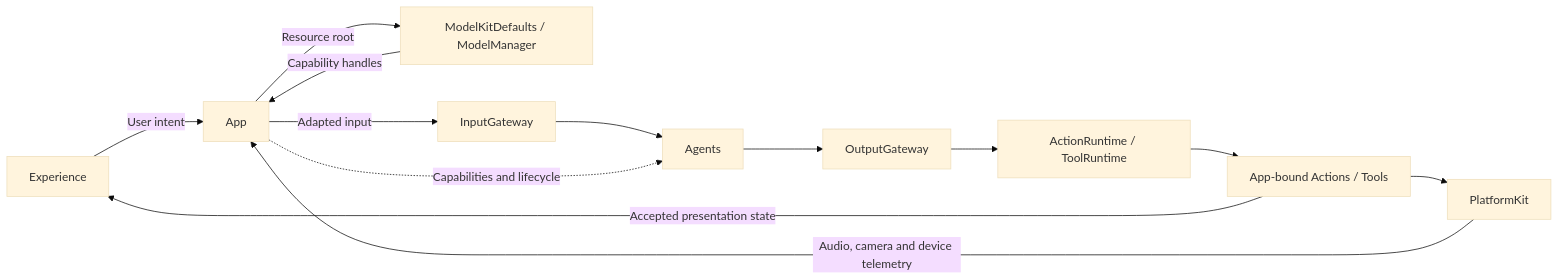
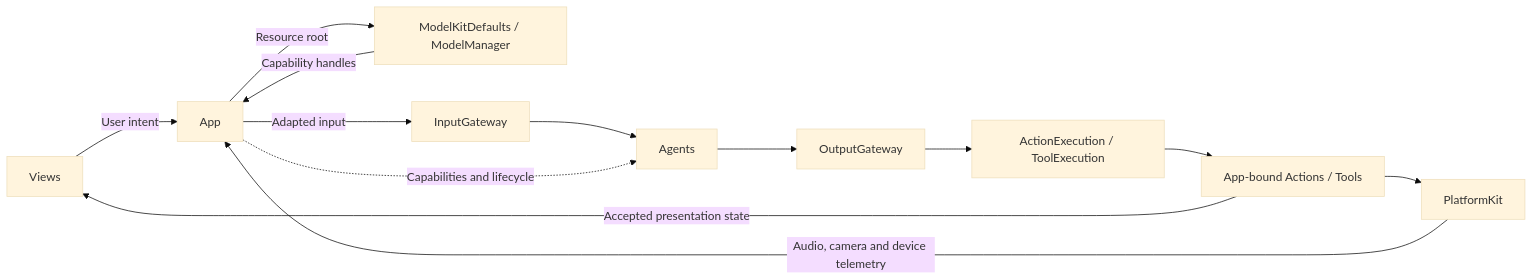
Before and after one commit to devilyouwei/MobileHarness: the first of 3 diagrams in MobileHarness/App/README.md, drawn with Mermaid (base theme). The commit also changed other lines of this file and 132 other files, not shown here.

````diff
--- a/MobileHarness/App/README.md
+++ b/MobileHarness/App/README.md
@@ -24,15 +25,15 @@
 ```mermaid
 flowchart LR
-    Experience -->|User intent| App
+    Views -->|User intent| App
     PlatformKit -->|Audio, camera and device telemetry| App
     App -->|Resource root| Defaults[ModelKitDefaults / ModelManager]
     Defaults -->|Capability handles| App
     App -->|Adapted input| Input[InputGateway]
     Input --> Agents
     App -.->|Capabilities and lifecycle| Agents
     Agents --> Output[OutputGateway]
-    Output --> Runtime[ActionRuntime / ToolRuntime]
+    Output --> Runtime[ActionExecution / ToolExecution]
     Runtime --> Handlers[App-bound Actions / Tools]
     Handlers --> PlatformKit
-    Handlers -->|Accepted presentation state| Experience
+    Handlers -->|Accepted presentation state| Views
 ```
````
